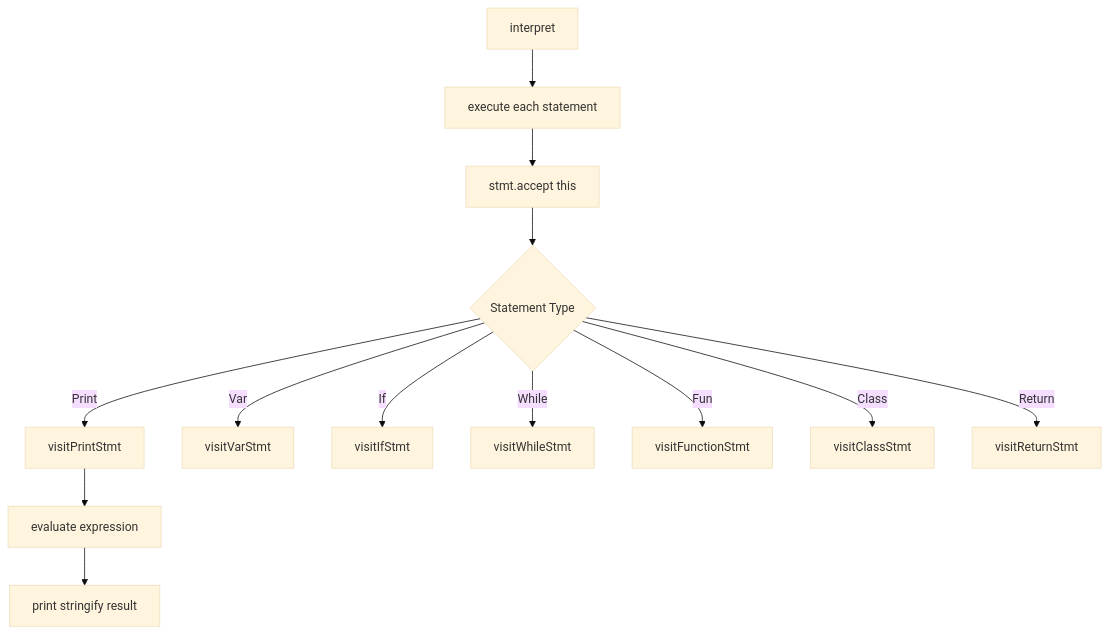
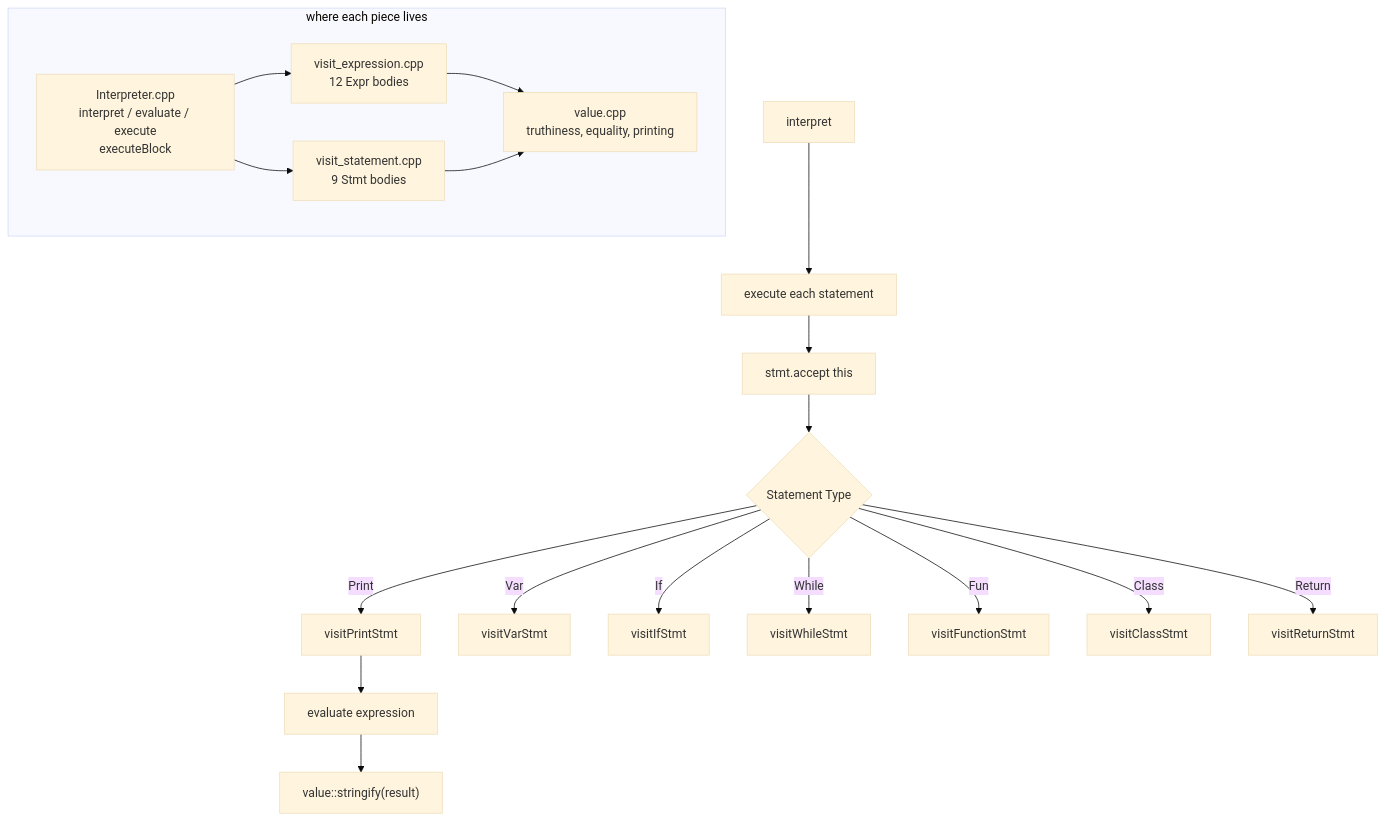
The eighth of 14 diagrams in docs/CODE_FLOW.md (IshpreetSingh8264/Interpreter-Cpp), drawn with Mermaid (base theme) before and after one commit. The commit also changed other lines of this file and 5 other files, not shown here.

First line of the commit message:
docs: add the agent-facing architecture doc and refresh both flow docs

````diff
--- a/docs/CODE_FLOW.md
+++ b/docs/CODE_FLOW.md
@@ -190,16 +205,28 @@
 ```mermaid
 flowchart TB
     A[interpret] --> B[execute each statement]
     B --> C[stmt.accept this]
     C --> D{Statement Type}
     D -->|Print| E[visitPrintStmt]
     D -->|Var| F[visitVarStmt]
     D -->|If| G[visitIfStmt]
     D -->|While| H[visitWhileStmt]
     D -->|Fun| I[visitFunctionStmt]
     D -->|Class| J[visitClassStmt]
     D -->|Return| K[visitReturnStmt]
   
     E --> L[evaluate expression]
-    L --> M[print stringify result]
+    L --> M["value::stringify(result)"]
+
+    subgraph "where each piece lives"
+        N["Interpreter.cpp<br/>interpret / evaluate / execute<br/>executeBlock"]
+        VE["visit_expression.cpp<br/>12 Expr bodies"]
+        VS["visit_statement.cpp<br/>9 Stmt bodies"]
+        V["value.cpp<br/>truthiness, equality, printing"]
+    end
+
+    N --> VE
+    N --> VS
+    VE --> V
+    VS --> V
 ```
````
